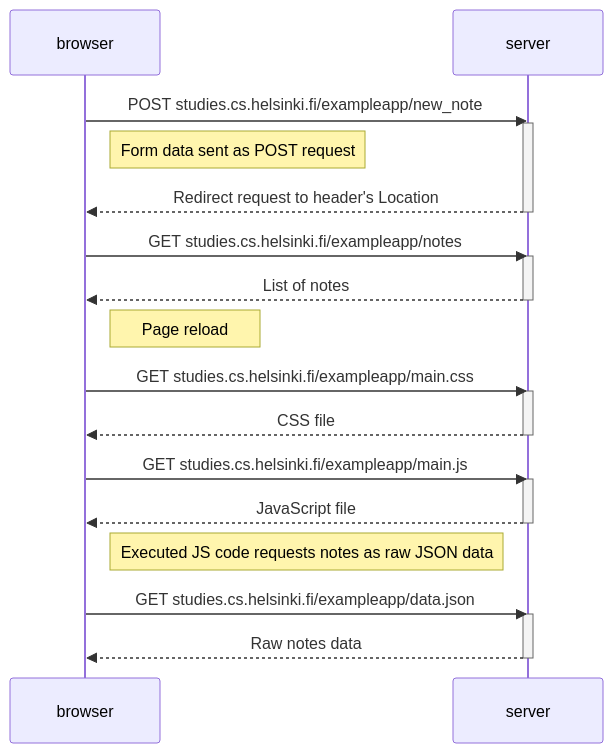
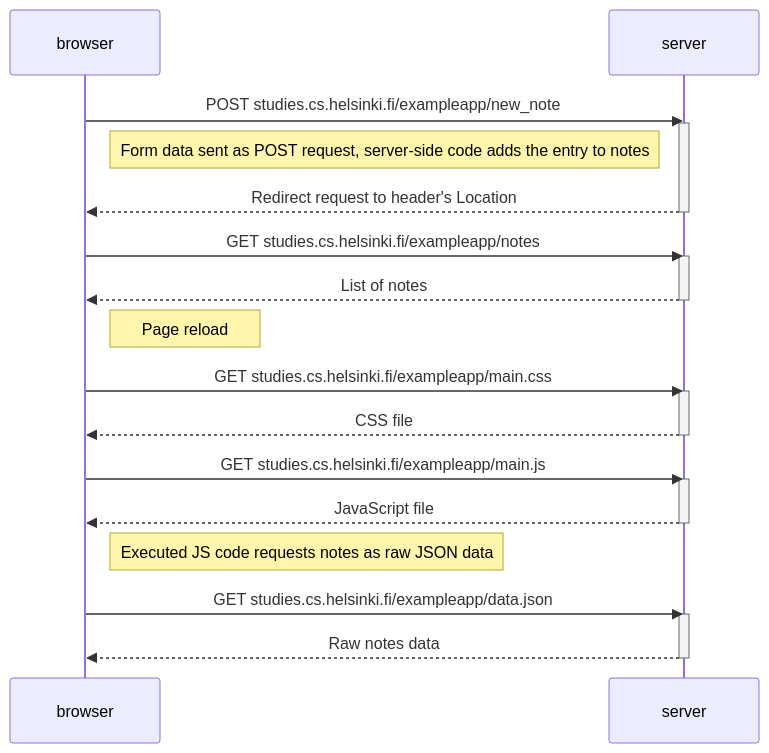
One commit to AnsHrnj/Fullstack-open changed the diagram in osa0/uusi muistiinpano.md. Above: the diagram before and after it, drawn with Mermaid.

Commit message:
Update uusi muistiinpano.md

````diff
--- a/osa0/uusi muistiinpano.md
+++ b/osa0/uusi muistiinpano.md
@@ -1,35 +1,35 @@
 ```mermaid
 sequenceDiagram
     participant browser
     participant server
     
     browser->>server: POST studies.cs.helsinki.fi/exampleapp/new_note
     activate server
-    Note right of browser: Form data sent as POST request
+    Note right of browser: Form data sent as POST request, server-side code adds the entry to notes
     server-->>browser: Redirect request to header's Location
     deactivate server    
     
     browser->>server: GET studies.cs.helsinki.fi/exampleapp/notes
     activate server
     server-->>browser: List of notes
     deactivate server
 
     Note right of browser: Page reload
     
     browser->>server: GET studies.cs.helsinki.fi/exampleapp/main.css
     activate server
     server-->>browser: CSS file
     deactivate server
     
     browser->>server: GET studies.cs.helsinki.fi/exampleapp/main.js
     activate server
     server-->>browser: JavaScript file
     deactivate server
 
     Note right of browser: Executed JS code requests notes as raw JSON data
 
     browser->>server: GET studies.cs.helsinki.fi/exampleapp/data.json
     activate server
     server-->>browser: Raw notes data
     deactivate server    
 ```
````
